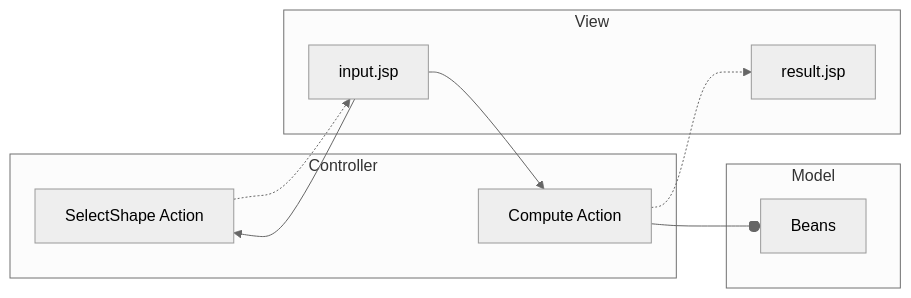
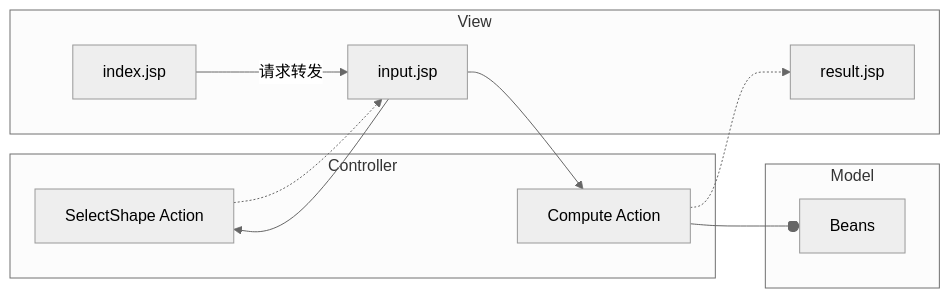
One commit to ruofancooh/blog-source changed the first of 2 diagrams in source/_posts/实用系列/JavaWeb.md. Above: the diagram before and after it, drawn with Mermaid. The commit also changed other lines of this file and 1 other file, not shown here.

````diff
--- a/source/_posts/实用系列/JavaWeb.md
+++ b/source/_posts/实用系列/JavaWeb.md
@@ -27,24 +27,26 @@
 ```mermaid
 %%{
     init: {
 	    "theme": "neutral",
 	    "fontFamily": "Times New Roman"
     }
 }%%
 flowchart LR
     subgraph "Controller"
         selectShape[SelectShape Action]
         compute[Compute Action]
     end
     subgraph "Model"
         Beans
     end
     subgraph "View"
+        index[index.jsp]
         input[input.jsp]
         result[result.jsp]
     end
 
+    index-->|请求转发|input
     input-->selectShape-.->input
     input-->compute-.->result
     compute--oBeans
 ```
````
